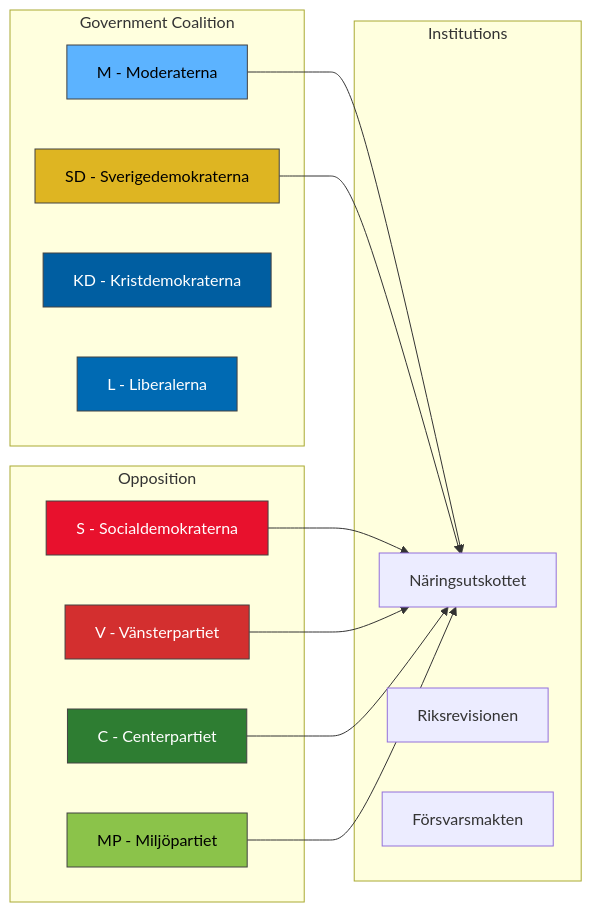
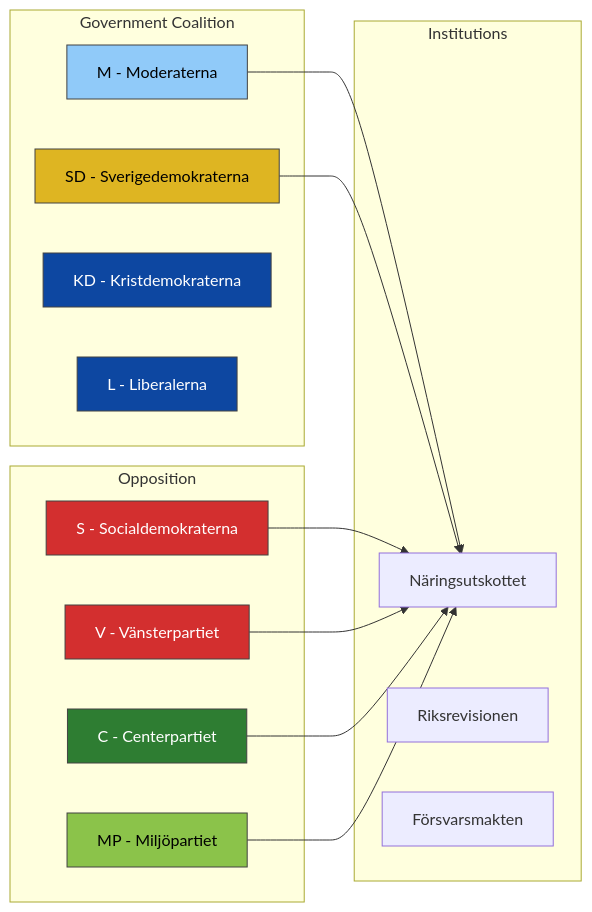
One commit to Hack23/riksdagsmonitor changed the diagram in analysis/daily/2026-04-08/realtime-1146/stakeholder-perspectives.md. Above: the diagram before and after it, drawn with Mermaid. The commit also changed 121 other files, not shown here.

````diff
--- a/analysis/daily/2026-04-08/realtime-1146/stakeholder-perspectives.md
+++ b/analysis/daily/2026-04-08/realtime-1146/stakeholder-perspectives.md
@@ -11,34 +11,34 @@
 ```mermaid
 graph LR
     subgraph Government Coalition
         M["M - Moderaterna"]
         SD["SD - Sverigedemokraterna"]
         KD["KD - Kristdemokraterna"]
         L["L - Liberalerna"]
     end
     subgraph Opposition
         S["S - Socialdemokraterna"]
         V["V - Vänsterpartiet"]
         C["C - Centerpartiet"]
         MP["MP - Miljöpartiet"]
     end
     subgraph Institutions
         NU["Näringsutskottet"]
         NAO["Riksrevisionen"]
         FM["Försvarsmakten"]
     end
     M --> NU
     SD --> NU
     S --> NU
     V --> NU
     C --> NU
     MP --> NU
     style SD fill:#deb522,stroke:#424242,color:#000000
-    style M fill:#5cb3ff,stroke:#424242,color:#000000
-    style S fill:#e8112d,stroke:#424242,color:#FFFFFF
+    style M fill:#90CAF9,stroke:#424242,color:#000000
+    style S fill:#D32F2F,stroke:#424242,color:#FFFFFF
     style V fill:#D32F2F,stroke:#424242,color:#FFFFFF
     style C fill:#2E7D32,stroke:#424242,color:#FFFFFF
     style MP fill:#8BC34A,stroke:#424242,color:#000000
-    style KD fill:#005ea1,stroke:#424242,color:#FFFFFF
-    style L fill:#006ab3,stroke:#424242,color:#FFFFFF
+    style KD fill:#0D47A1,stroke:#424242,color:#FFFFFF
+    style L fill:#0D47A1,stroke:#424242,color:#FFFFFF
 ```
````
